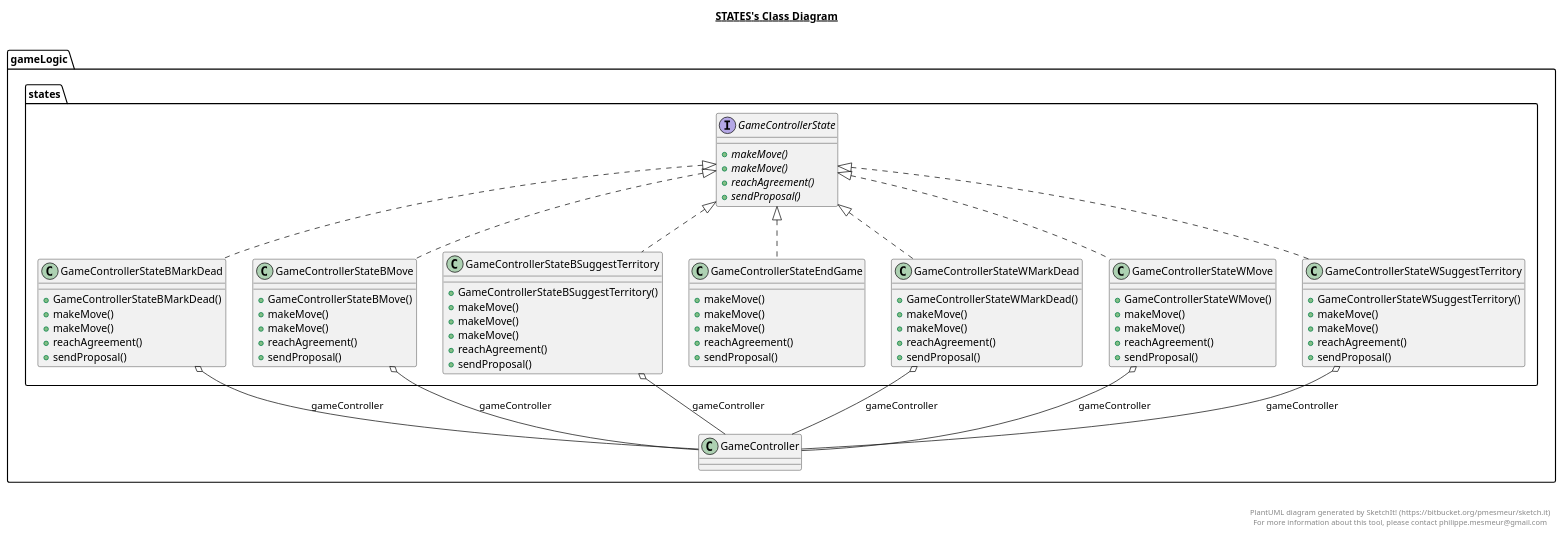
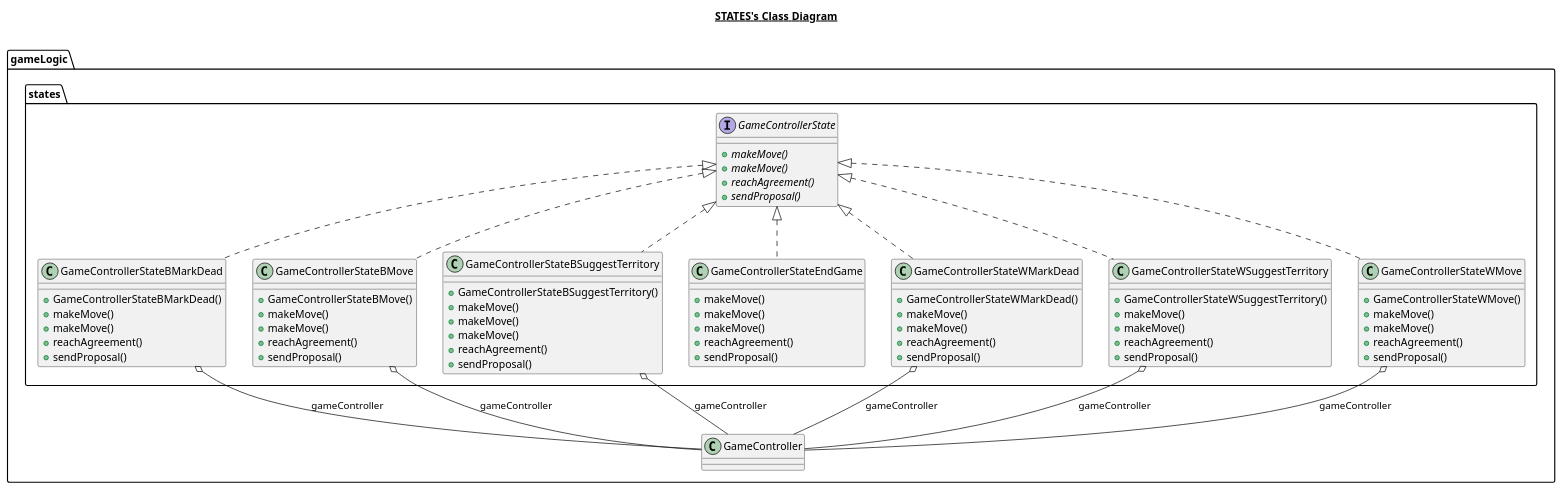
Before and after one commit to Push911/GoGame: the diagram in Go/Server/src/main/java/gameLogic/states/states.plantuml, drawn with PlantUML. The commit also changed 2 other files, not shown here.

```diff
--- a/Go/Server/src/main/java/gameLogic/states/states.plantuml
+++ b/Go/Server/src/main/java/gameLogic/states/states.plantuml
@@ -1,131 +1,127 @@
 @startuml
 
 title __STATES's Class Diagram__\n
 
   namespace gameLogic {
     namespace states {
       interface gameLogic.states.GameControllerState {
           {abstract} + makeMove()
           {abstract} + makeMove()
           {abstract} + reachAgreement()
           {abstract} + sendProposal()
       }
     }
   }
   
 
   namespace gameLogic {
     namespace states {
       class gameLogic.states.GameControllerStateBMarkDead {
           + GameControllerStateBMarkDead()
           + makeMove()
           + makeMove()
           + reachAgreement()
           + sendProposal()
       }
     }
   }
   
 
   namespace gameLogic {
     namespace states {
       class gameLogic.states.GameControllerStateBMove {
           + GameControllerStateBMove()
           + makeMove()
           + makeMove()
           + reachAgreement()
           + sendProposal()
       }
     }
   }
   
 
   namespace gameLogic {
     namespace states {
       class gameLogic.states.GameControllerStateBSuggestTerritory {
           + GameControllerStateBSuggestTerritory()
           + makeMove()
           + makeMove()
           + makeMove()
           + reachAgreement()
           + sendProposal()
       }
     }
   }
   
 
   namespace gameLogic {
     namespace states {
       class gameLogic.states.GameControllerStateEndGame {
           + makeMove()
           + makeMove()
           + makeMove()
           + reachAgreement()
           + sendProposal()
       }
     }
   }
   
 
   namespace gameLogic {
     namespace states {
       class gameLogic.states.GameControllerStateWMarkDead {
           + GameControllerStateWMarkDead()
           + makeMove()
           + makeMove()
           + reachAgreement()
           + sendProposal()
       }
     }
   }
   
 
   namespace gameLogic {
     namespace states {
+      class gameLogic.states.GameControllerStateWSuggestTerritory {
+          + GameControllerStateWSuggestTerritory()
+          + makeMove()
+          + makeMove()
+          + reachAgreement()
+          + sendProposal()
+      }
+    }
+  }
+
+  namespace gameLogic {
+    namespace states {
       class gameLogic.states.GameControllerStateWMove {
           + GameControllerStateWMove()
           + makeMove()
           + makeMove()
           + reachAgreement()
           + sendProposal()
       }
     }
   }
   
 
-  namespace gameLogic {
-    namespace states {
-      class gameLogic.states.GameControllerStateWSuggestTerritory {
-          + GameControllerStateWSuggestTerritory()
-          + makeMove()
-          + makeMove()
-          + reachAgreement()
-          + sendProposal()
-      }
-    }
-  }
   
 
   gameLogic.states.GameControllerStateBMarkDead .up.|> gameLogic.states.GameControllerState
   gameLogic.states.GameControllerStateBMarkDead o-- gameLogic.GameController : gameController
   gameLogic.states.GameControllerStateBMove .up.|> gameLogic.states.GameControllerState
   gameLogic.states.GameControllerStateBMove o-- gameLogic.GameController : gameController
   gameLogic.states.GameControllerStateBSuggestTerritory .up.|> gameLogic.states.GameControllerState
   gameLogic.states.GameControllerStateBSuggestTerritory o-- gameLogic.GameController : gameController
   gameLogic.states.GameControllerStateEndGame .up.|> gameLogic.states.GameControllerState
   gameLogic.states.GameControllerStateWMarkDead .up.|> gameLogic.states.GameControllerState
   gameLogic.states.GameControllerStateWMarkDead o-- gameLogic.GameController : gameController
   gameLogic.states.GameControllerStateWMove .up.|> gameLogic.states.GameControllerState
   gameLogic.states.GameControllerStateWMove o-- gameLogic.GameController : gameController
   gameLogic.states.GameControllerStateWSuggestTerritory .up.|> gameLogic.states.GameControllerState
   gameLogic.states.GameControllerStateWSuggestTerritory o-- gameLogic.GameController : gameController
 
 
-right footer
 
 
-PlantUML diagram generated by SketchIt! (https://bitbucket.org/pmesmeur/sketch.it)
-For more information about this tool, please contact philippe.mesmeur@gmail.com
-endfooter
-
 @enduml
```
